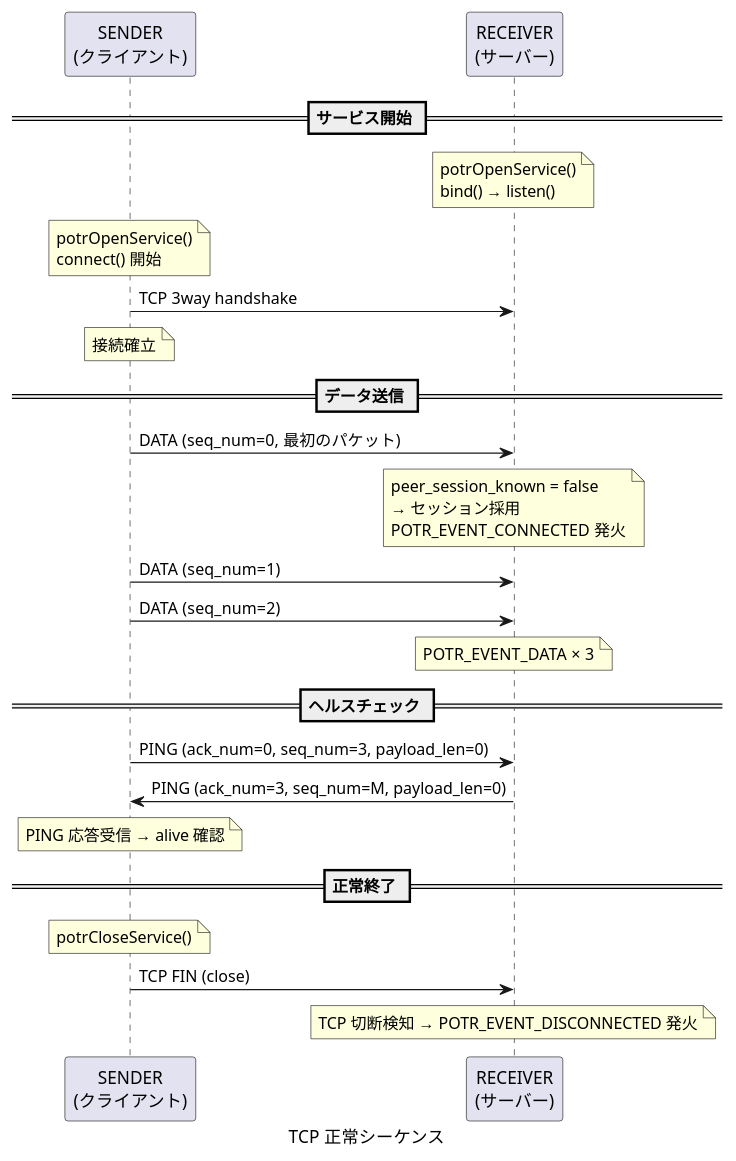
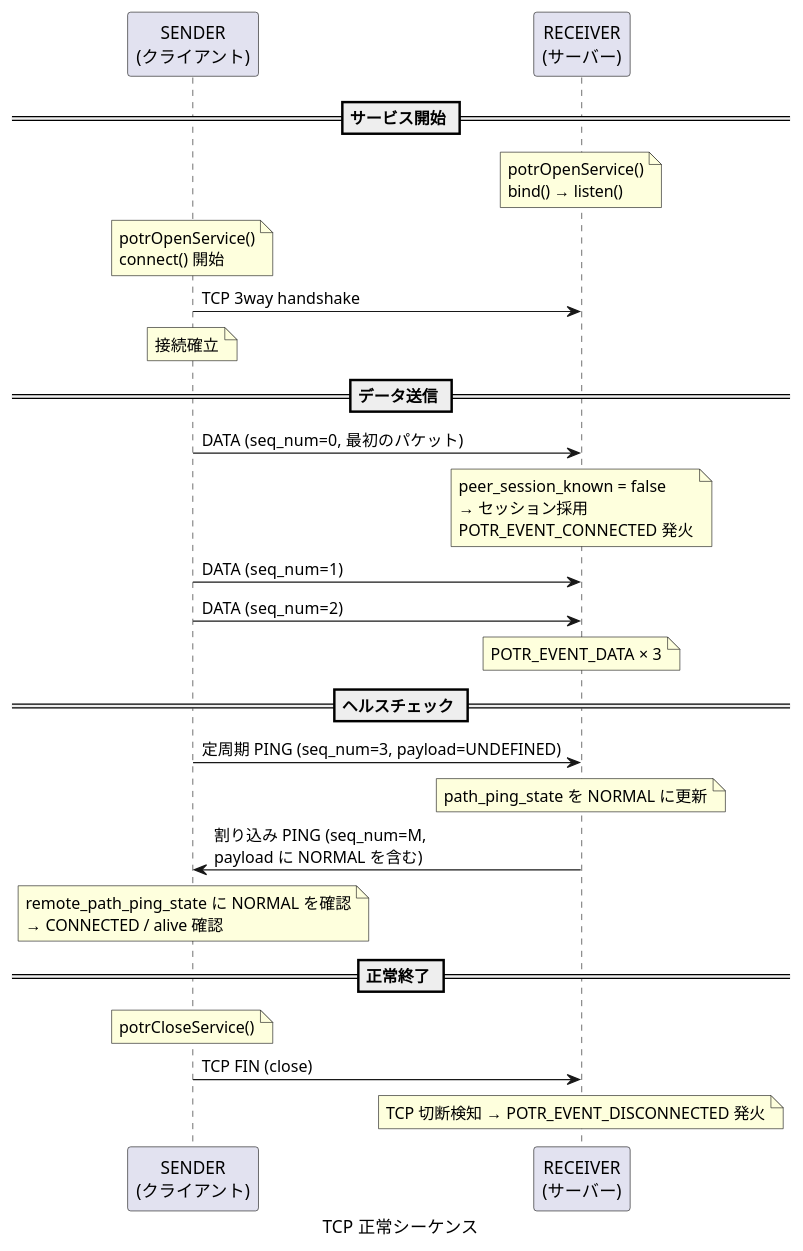
One commit to Hondarer/c-modernization-kit changed diagram 23 of 29 in app/porter/docs/sequence.md. Above: the diagram before and after it, drawn with PlantUML. The commit also changed other lines of this file and 7 other files, not shown here.

````diff
--- a/app/porter/docs/sequence.md
+++ b/app/porter/docs/sequence.md
@@ -820,37 +822,38 @@
 ```plantuml
 @startuml TCP 正常シーケンス
 caption TCP 正常シーケンス
 
 participant "SENDER\n(クライアント)" as S
 participant "RECEIVER\n(サーバー)" as R
 
 == サービス開始 ==
 
 note over R: potrOpenService()\nbind() → listen()
 note over S: potrOpenService()\nconnect() 開始
 S -> R: TCP 3way handshake
 note over S: 接続確立
 
 == データ送信 ==
 
 S -> R: DATA (seq_num=0, 最初のパケット)
 note over R: peer_session_known = false\n→ セッション採用\nPOTR_EVENT_CONNECTED 発火
 
 S -> R: DATA (seq_num=1)
 S -> R: DATA (seq_num=2)
 note over R: POTR_EVENT_DATA × 3
 
 == ヘルスチェック ==
 
-S -> R: PING (ack_num=0, seq_num=3, payload_len=0)
-R -> S: PING (ack_num=3, seq_num=M, payload_len=0)
-note over S: PING 応答受信 → alive 確認
+S -> R: 定周期 PING (seq_num=3, payload=UNDEFINED)
+note over R: path_ping_state を NORMAL に更新
+R -> S: 割り込み PING (seq_num=M,\npayload に NORMAL を含む)
+note over S: remote_path_ping_state に NORMAL を確認\n→ CONNECTED / alive 確認
 
 == 正常終了 ==
 
 note over S: potrCloseService()
 S -> R: TCP FIN (close)
 note over R: TCP 切断検知 → POTR_EVENT_DISCONNECTED 発火
 
 @enduml
 ```
````
